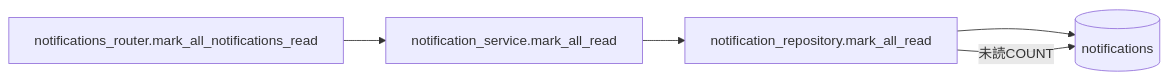
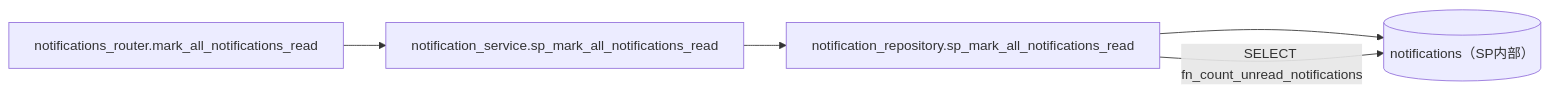
Before and after one commit to oikawa-d/task_management: the second of 3 diagrams in detailed_design/api/notifications/04_post_notifications_read_all.md, drawn with Mermaid. The commit also changed other lines of this file and 58 other files, not shown here.

````diff
--- a/detailed_design/api/notifications/04_post_notifications_read_all.md
+++ b/detailed_design/api/notifications/04_post_notifications_read_all.md
@@ -105,7 +105,7 @@
 ```mermaid
 flowchart LR
-    R["notifications_router.mark_all_notifications_read"] --> S["notification_service.mark_all_read"]
-    S --> NR["notification_repository.mark_all_read"]
-    NR --> N[("notifications")]
-    NR -->|"未読COUNT"| N
+    R["notifications_router.mark_all_notifications_read"] --> S["notification_service.sp_mark_all_notifications_read"]
+    S --> NR["notification_repository.sp_mark_all_notifications_read"]
+    NR --> N[("notifications（SP内部）")]
+    NR -->|"SELECT fn_count_unread_notifications"| N
 ```
````
